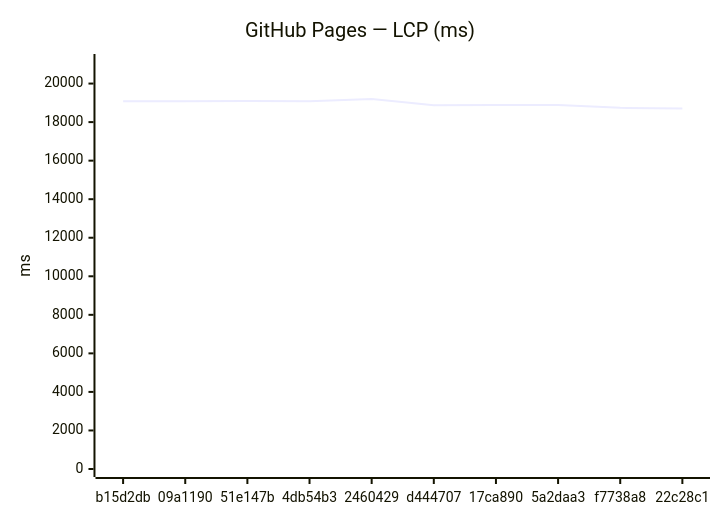
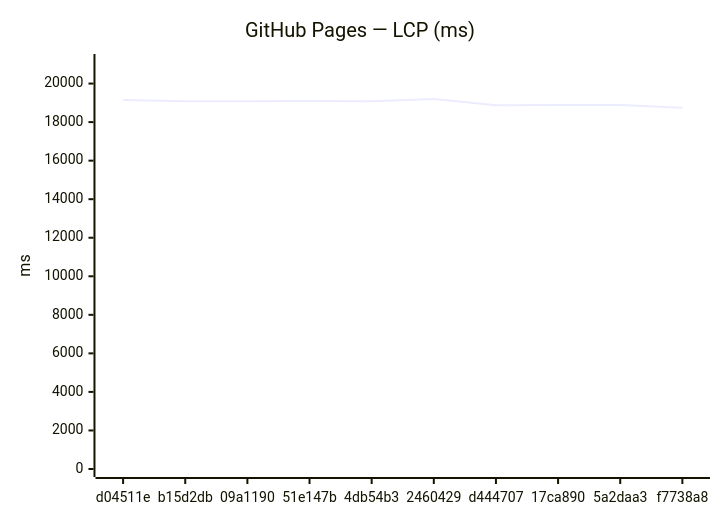
One commit to Metaheurist/Rianell changed the third of 18 diagrams in benchmarks/compare.md. Above: the diagram before and after it, drawn with Mermaid. The commit also changed other lines of this file and 11 other files, not shown here.

````diff
--- a/benchmarks/compare.md
+++ b/benchmarks/compare.md
@@ -54,7 +54,7 @@
 ```mermaid
 xychart-beta
     title "GitHub Pages — LCP (ms)"
-    x-axis ["b15d2db", "09a1190", "51e147b", "4db54b3", "2460429", "d444707", "17ca890", "5a2daa3", "f7738a8", "22c28c1"]
+    x-axis ["d04511e", "b15d2db", "09a1190", "51e147b", "4db54b3", "2460429", "d444707", "17ca890", "5a2daa3", "f7738a8"]
     y-axis "ms" 0 --> 21119
-    line [19077, 19086, 19101, 19086, 19199, 18871, 18888, 18892, 18741, 18704]
+    line [19145, 19077, 19086, 19101, 19086, 19199, 18871, 18888, 18892, 18741]
 ```
````
